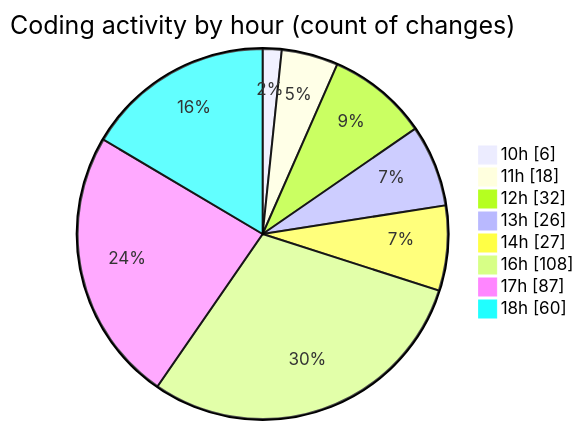
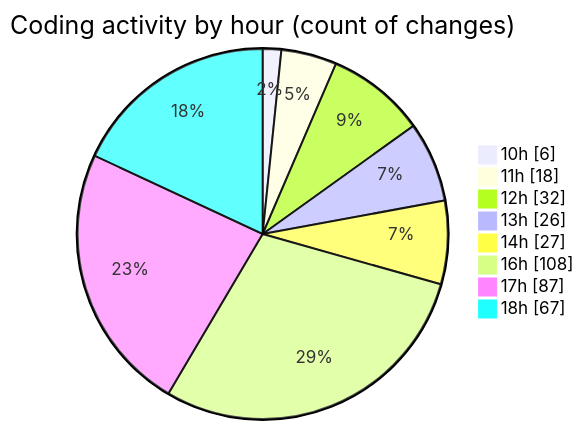
The second of 2 diagrams in 2026-09-03/cda/README.md (momahboobian/code-tracking), drawn with Mermaid before and after one commit. The commit also changed other lines of this file and 1 other file, not shown here.

````diff
--- a/2026-09-03/cda/README.md
+++ b/2026-09-03/cda/README.md
@@ -112,12 +113,12 @@
 ```mermaid
 pie showData
 title Coding activity by hour (count of changes)
 "10h" : 6
 "11h" : 18
 "12h" : 32
 "13h" : 26
 "14h" : 27
 "16h" : 108
 "17h" : 87
-"18h" : 60
+"18h" : 67
 ```
````
